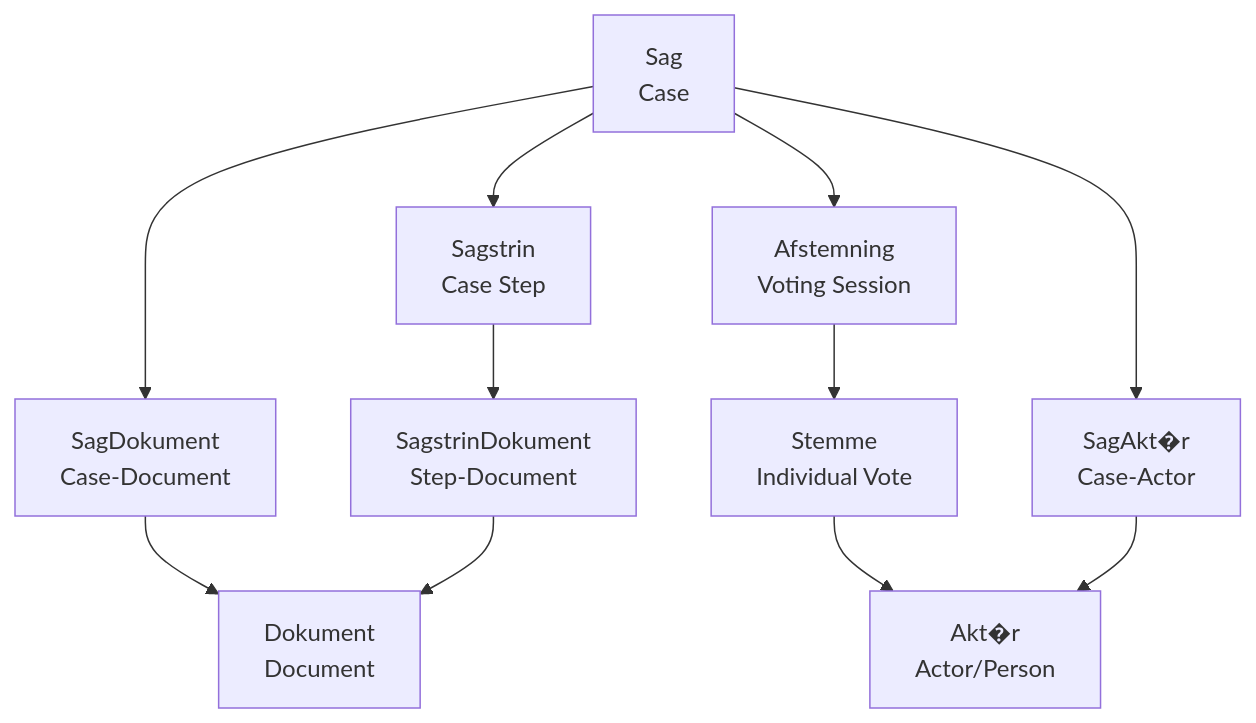
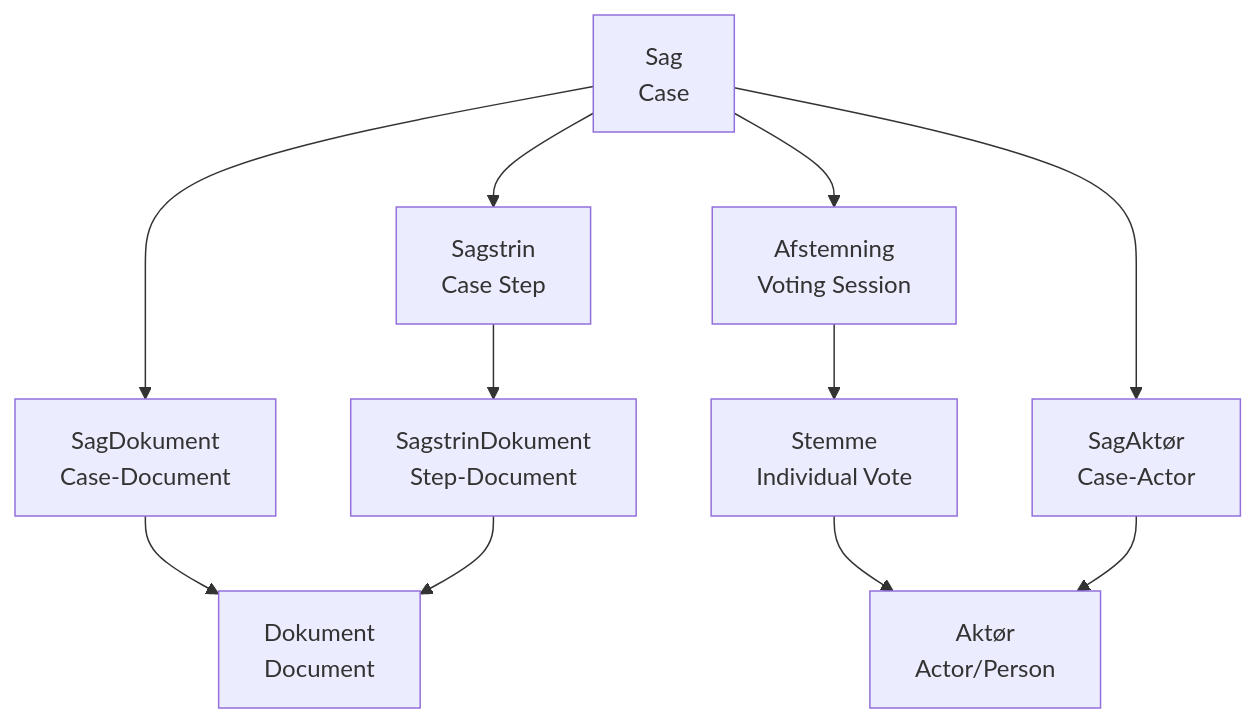
One commit to Brokk-Sindre/ft-oda-documentation changed the first of 5 diagrams in docs/data-model/entity-relationships.md. Above: the diagram before and after it, drawn with Mermaid. The commit also changed other lines of this file and 33 other files, not shown here.

````diff
--- a/docs/data-model/entity-relationships.md
+++ b/docs/data-model/entity-relationships.md
@@ -68,16 +68,16 @@
 ```mermaid
 graph TD
     A[Sag<br/>Case] --> B[SagDokument<br/>Case-Document]
     B --> C[Dokument<br/>Document]
     
     A --> D[Sagstrin<br/>Case Step]
     D --> E[SagstrinDokument<br/>Step-Document]
     E --> C
     
     A --> F[Afstemning<br/>Voting Session]
     F --> G[Stemme<br/>Individual Vote]
-    G --> H[Akt�r<br/>Actor/Person]
+    G --> H[Aktør<br/>Actor/Person]
     
-    A --> I[SagAkt�r<br/>Case-Actor]
+    A --> I[SagAktør<br/>Case-Actor]
     I --> H
 ```
````
